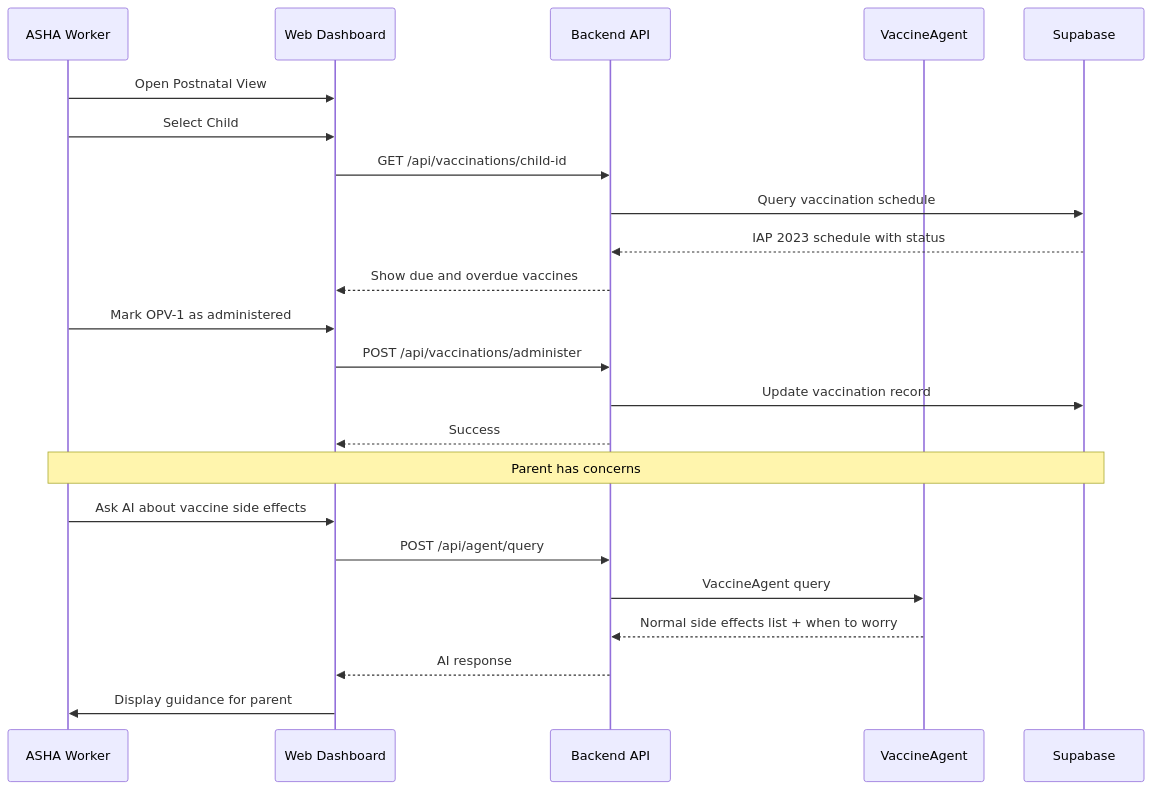
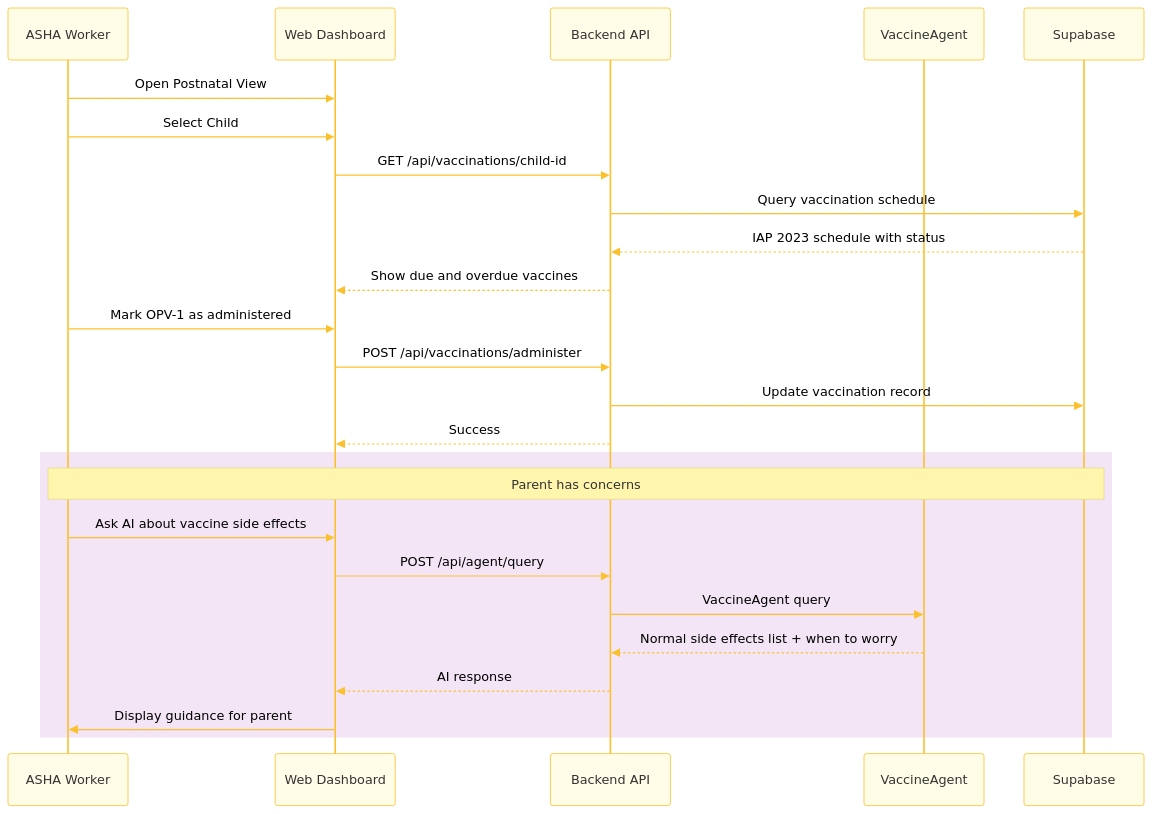
Before and after one commit to AIUtsavBot/aanchal_ai: the eighth of 8 diagrams in README.md, drawn with Mermaid. The commit also changed other lines of this file, not shown here.

Commit message:
Update Mermaid diagrams with vibrant colors for better contrast

````diff
--- a/README.md
+++ b/README.md
@@ -354,28 +416,31 @@
 ```mermaid
 sequenceDiagram
+    %%{init: {'theme': 'base', 'themeVariables': {'primaryColor': '#fff9c4', 'edgeLabelBackground':'#ffffff', 'actorBorder': '#fbc02d', 'actorBkg': '#fffde7', 'signalColor': '#fbc02d', 'signalTextColor': '#000000'}}}%%
     participant A as ASHA Worker
     participant W as Web Dashboard
     participant B as Backend API
     participant AI as VaccineAgent
     participant DB as Supabase
 
     A->>W: Open Postnatal View
     A->>W: Select Child
     W->>B: GET /api/vaccinations/child-id
     B->>DB: Query vaccination schedule
     DB-->>B: IAP 2023 schedule with status
     B-->>W: Show due and overdue vaccines
 
     A->>W: Mark OPV-1 as administered
     W->>B: POST /api/vaccinations/administer
     B->>DB: Update vaccination record
     B-->>W: Success
 
-    Note over A,DB: Parent has concerns
-    A->>W: Ask AI about vaccine side effects
-    W->>B: POST /api/agent/query
-    B->>AI: VaccineAgent query
-    AI-->>B: Normal side effects list + when to worry
-    B-->>W: AI response
-    W->>A: Display guidance for parent
+    rect rgb(243, 229, 245)
+        Note over A,DB: Parent has concerns
+        A->>W: Ask AI about vaccine side effects
+        W->>B: POST /api/agent/query
+        B->>AI: VaccineAgent query
+        AI-->>B: Normal side effects list + when to worry
+        B-->>W: AI response
+        W->>A: Display guidance for parent
+    end
 ```
````
